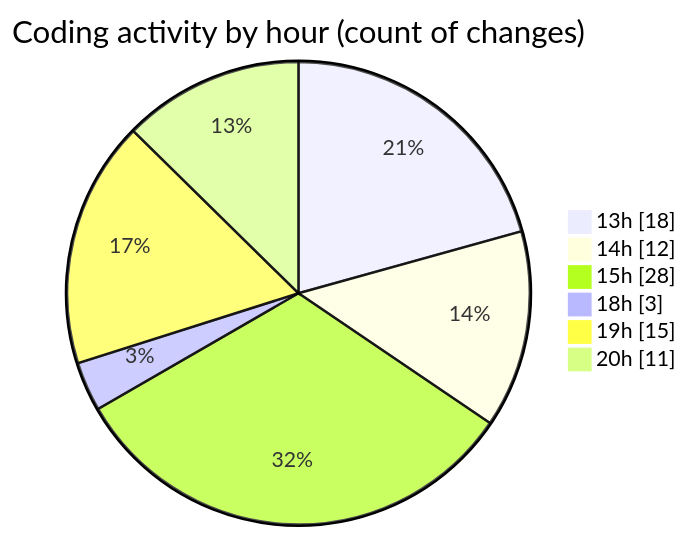
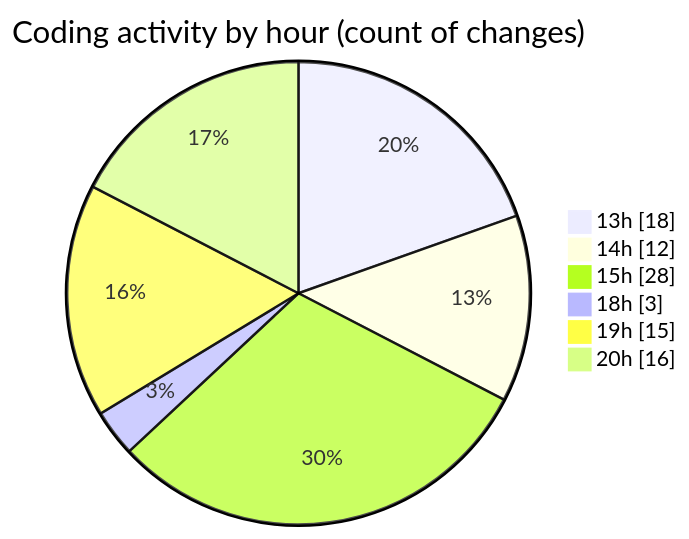
The second of 2 diagrams in 2025-06-16/studio-backend/README.md (idhammustaqopulfikri/code-tracking), drawn with Mermaid before and after one commit. The commit also changed other lines of this file and 1 other file, not shown here.

````diff
--- a/2025-06-16/studio-backend/README.md
+++ b/2025-06-16/studio-backend/README.md
@@ -45,10 +45,10 @@
 ```mermaid
 pie showData
 title Coding activity by hour (count of changes)
 "13h" : 18
 "14h" : 12
 "15h" : 28
 "18h" : 3
 "19h" : 15
-"20h" : 11
+"20h" : 16
 ```
````
